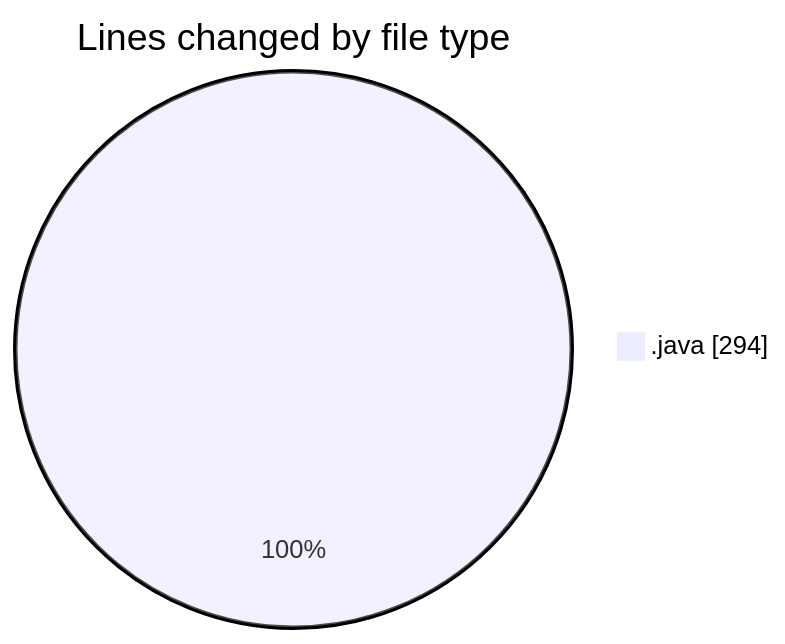
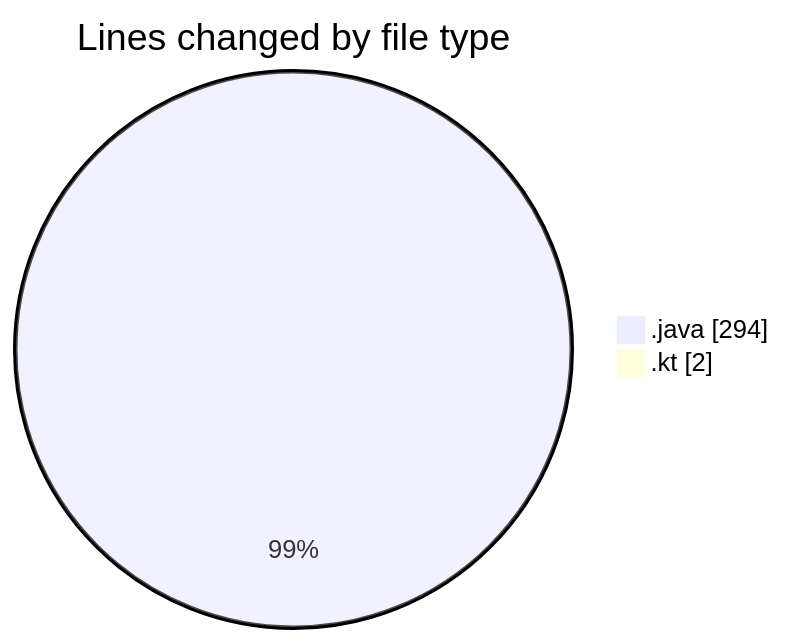
One commit to charlie-sans/code-tracking changed the first of 2 diagrams in 2025-03-04/masm/README.md. Above: the diagram before and after it, drawn with Mermaid. The commit also changed other lines of this file and 1 other file, not shown here.

````diff
--- a/2025-03-04/masm/README.md
+++ b/2025-03-04/masm/README.md
@@ -21,5 +22,6 @@
 ```mermaid
 pie showData
 title Lines changed by file type
 ".java" : 294
+".kt" : 2
 ```
````
